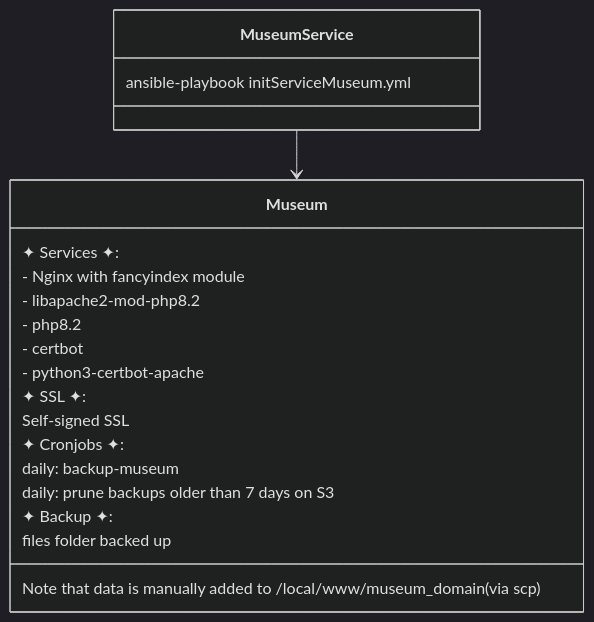
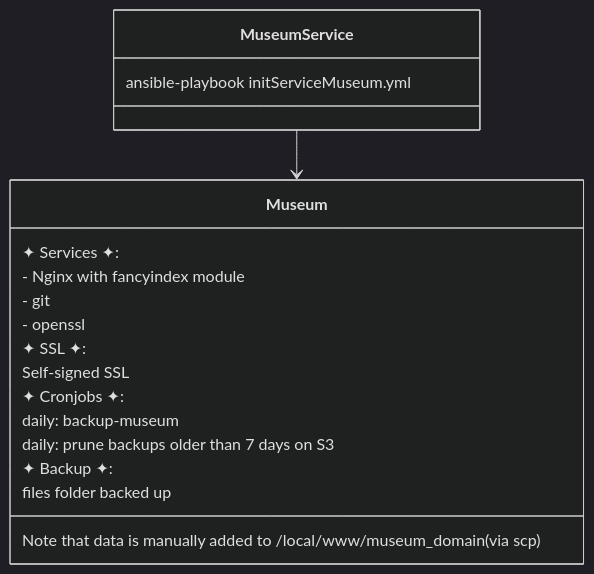
The fifth of 5 diagrams in Services.md (neighbourhoodie/stf-php-ansible), drawn with Mermaid (dark theme) before and after one commit. The commit also changed other lines of this file, not shown here.

Commit message:
service-doc: update services for museum and shared

````diff
--- a/Services.md
+++ b/Services.md
@@ -168,26 +169,24 @@
 ```mermaid
 classDiagram
   class MuseumService { ansible-playbook initServiceMuseum.yml }
   
   class Museum {
     Note that data is manually added to /local/www/museum_domain(via scp)
     ✦ Services ✦:
     - Nginx with fancyindex module
-    - libapache2-mod-php8.2
-    - php8.2
-    - certbot
-    - python3-certbot-apache
+    - git
+    - openssl
 
     ✦ SSL ✦:
     Self-signed SSL
     
     ✦ Cronjobs ✦:
     daily: backup-museum
     daily: prune backups older than 7 days on S3
 
     ✦ Backup ✦:
     files folder backed up
   }
 
   MuseumService --> Museum
 ```
````
